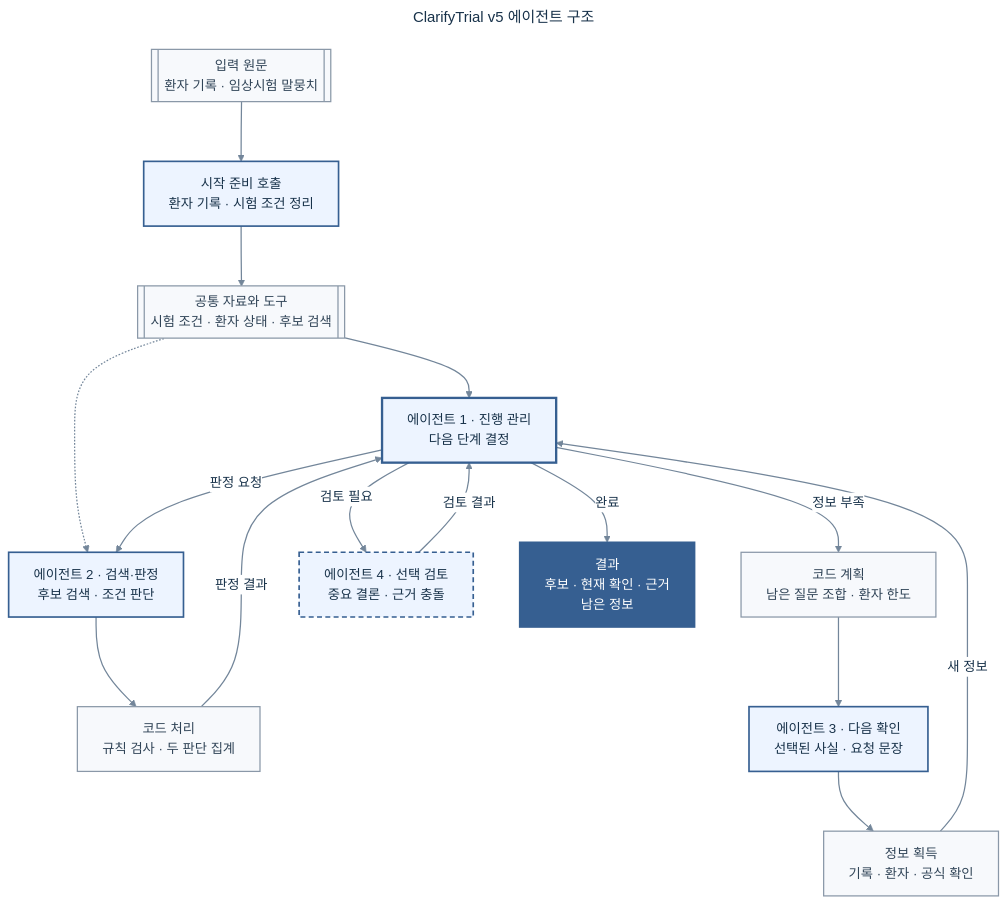
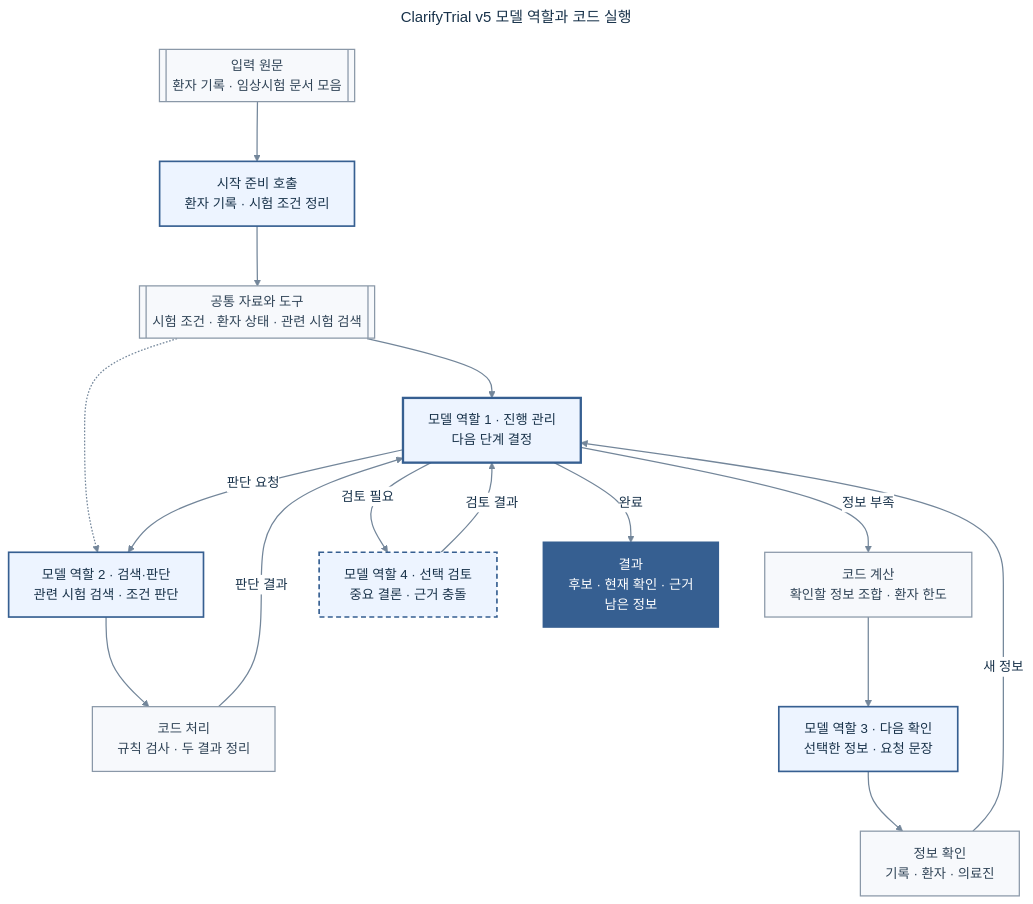
One commit to health-agent/Clarifytrial changed the diagram in docs/internal/diagrams/clarifytrial-performance-agent-architecture.mmd. Above: the diagram before and after it, drawn with Mermaid. The commit also changed 17 other files, not shown here.

Commit message:
Rewrite ClarifyTrial documentation in plain Korean

```diff
--- a/docs/internal/diagrams/clarifytrial-performance-agent-architecture.mmd
+++ b/docs/internal/diagrams/clarifytrial-performance-agent-architecture.mmd
@@ -1,59 +1,59 @@
 ---
-title: ClarifyTrial v5 에이전트 구조
+title: ClarifyTrial v5 모델 역할과 코드 실행
 config:
   theme: base
   flowchart:
     curve: basis
     nodeSpacing: 56
     rankSpacing: 72
     wrappingWidth: 260
   themeVariables:
     background: '#ffffff'
     primaryTextColor: '#18324a'
     lineColor: '#73869a'
     edgeLabelBackground: '#ffffff'
     fontFamily: 'Pretendard, Noto Sans KR, Malgun Gothic, sans-serif'
 ---
 flowchart TB
-    I[["입력 원문<br/>환자 기록 · 임상시험 말뭉치"]]
+    I[["입력 원문<br/>환자 기록 · 임상시험 문서 모음"]]
     B["시작 준비 호출<br/>환자 기록 · 시험 조건 정리"]
-    S[["공통 자료와 도구<br/>시험 조건 · 환자 상태 · 후보 검색"]]
-    A1["에이전트 1 · 진행 관리<br/>다음 단계 결정"]
+    S[["공통 자료와 도구<br/>시험 조건 · 환자 상태 · 관련 시험 검색"]]
+    A1["모델 역할 1 · 진행 관리<br/>다음 단계 결정"]
 
-    A2["에이전트 2 · 검색·판정<br/>후보 검색 · 조건 판단"]
-    C["코드 처리<br/>규칙 검사 · 두 판단 집계"]
-    C3["코드 계획<br/>남은 질문 조합 · 환자 한도"]
-    A3["에이전트 3 · 다음 확인<br/>선택된 사실 · 요청 문장"]
-    E["정보 획득<br/>기록 · 환자 · 공식 확인"]
-    A4["에이전트 4 · 선택 검토<br/>중요 결론 · 근거 충돌"]
+    A2["모델 역할 2 · 검색·판단<br/>관련 시험 검색 · 조건 판단"]
+    C["코드 처리<br/>규칙 검사 · 두 결과 정리"]
+    C3["코드 계산<br/>확인할 정보 조합 · 환자 한도"]
+    A3["모델 역할 3 · 다음 확인<br/>선택한 정보 · 요청 문장"]
+    E["정보 확인<br/>기록 · 환자 · 의료진"]
+    A4["모델 역할 4 · 선택 검토<br/>중요 결론 · 근거 충돌"]
 
     O["결과<br/>후보 · 현재 확인 · 근거<br/>남은 정보"]
 
     I --> B
     B --> S
     S --> A1
     S -.-> A2
-    A1 -->|판정 요청| A2
+    A1 -->|판단 요청| A2
     A2 --> C
-    C -->|판정 결과| A1
+    C -->|판단 결과| A1
     A1 -->|정보 부족| C3
     C3 --> A3
     A3 --> E
     E -->|새 정보| A1
     A1 -->|검토 필요| A4
     A4 -->|검토 결과| A1
     A1 -->|완료| O
 
     classDef lead fill:#edf4ff,stroke:#365f91,stroke-width:2.8px,color:#18324a;
     classDef agent fill:#edf4ff,stroke:#365f91,stroke-width:2px,color:#18324a;
     classDef optional fill:#edf4ff,stroke:#365f91,stroke-width:2px,stroke-dasharray:6 4,color:#18324a;
     classDef shared fill:#f7f9fc,stroke:#8a98a8,stroke-width:1.5px,color:#304457;
     classDef output fill:#365f91,stroke:#365f91,stroke-width:2px,color:#ffffff;
 
     class A1 lead;
     class A2,A3 agent;
     class A4 optional;
     class I,S,C,C3,E shared;
     class B agent;
     class O output;
     linkStyle default stroke:#73869a,stroke-width:1.5px;
```
